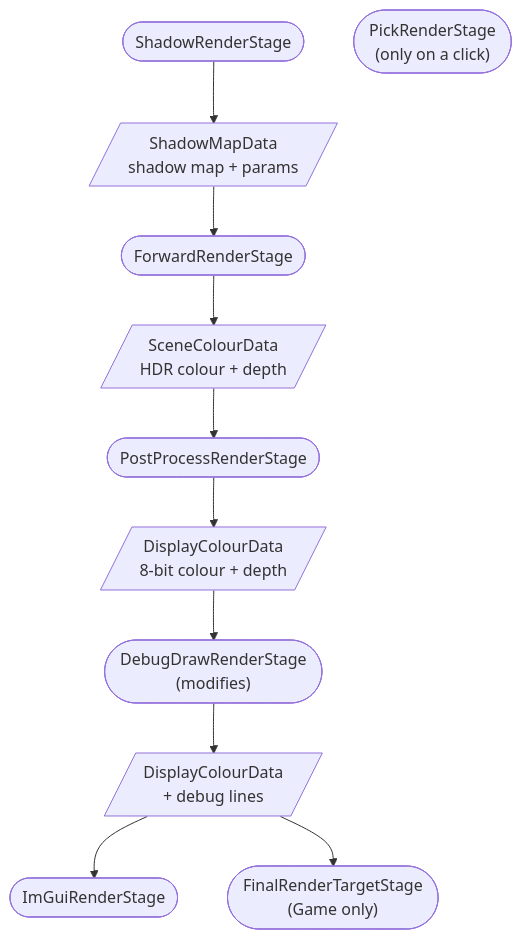
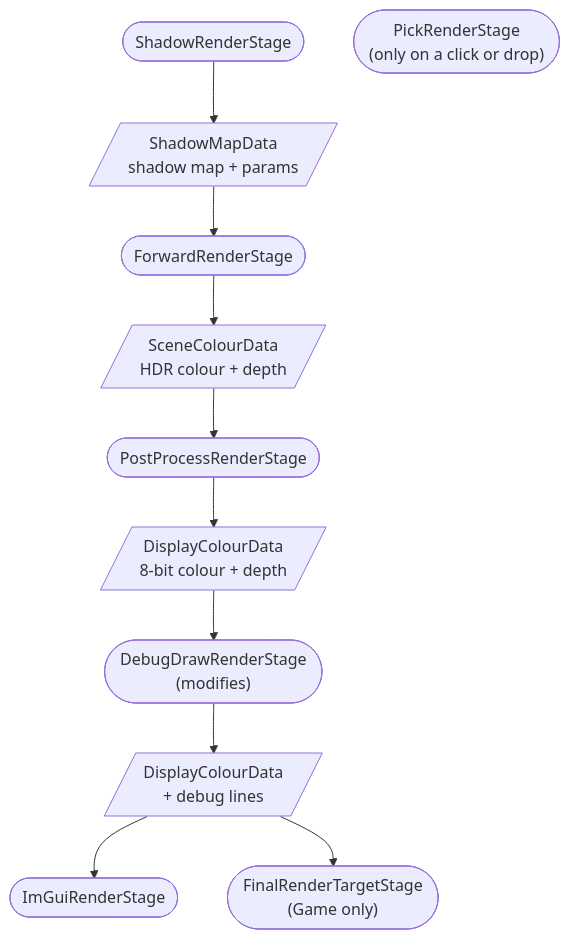
The first of 4 diagrams in Docs/Generated/Engine/04-Rendering/Render-Stages.md (b1nary0/RZE), drawn with Mermaid before and after one commit. The commit also changed other lines of this file and 39 other files, not shown here.

````diff
--- a/Docs/Generated/Engine/04-Rendering/Render-Stages.md
+++ b/Docs/Generated/Engine/04-Rendering/Render-Stages.md
@@ -11,14 +11,14 @@
 ```mermaid
 %%{init: {'flowchart': {'subGraphTitleMargin': {'top': 6, 'bottom': 10}}, 'themeCSS': '.labelBkg, .edgeLabel { background-color: var(--background-primary) !important; } .messageText, .labelText, .loopText { paint-order: stroke; stroke: var(--background-primary); stroke-width: 5px; stroke-linejoin: round; }'}}%%
 flowchart TD
     Shadow(["ShadowRenderStage"]) --> SMD[/"ShadowMapData<br/>shadow map + params"/]
     SMD --> Forward(["ForwardRenderStage"])
     Forward --> SCD[/"SceneColourData<br/>HDR colour + depth"/]
     SCD --> Post(["PostProcessRenderStage"])
     Post --> DCD[/"DisplayColourData<br/>8-bit colour + depth"/]
     DCD --> Debug(["DebugDrawRenderStage<br/>(modifies)"])
     Debug --> DCD2[/"DisplayColourData<br/>+ debug lines"/]
     DCD2 --> ImGui(["ImGuiRenderStage"])
     DCD2 --> Final(["FinalRenderTargetStage<br/>(Game only)"])
-    Pick(["PickRenderStage<br/>(only on a click)"])
+    Pick(["PickRenderStage<br/>(only on a click or drop)"])
 ```
````
